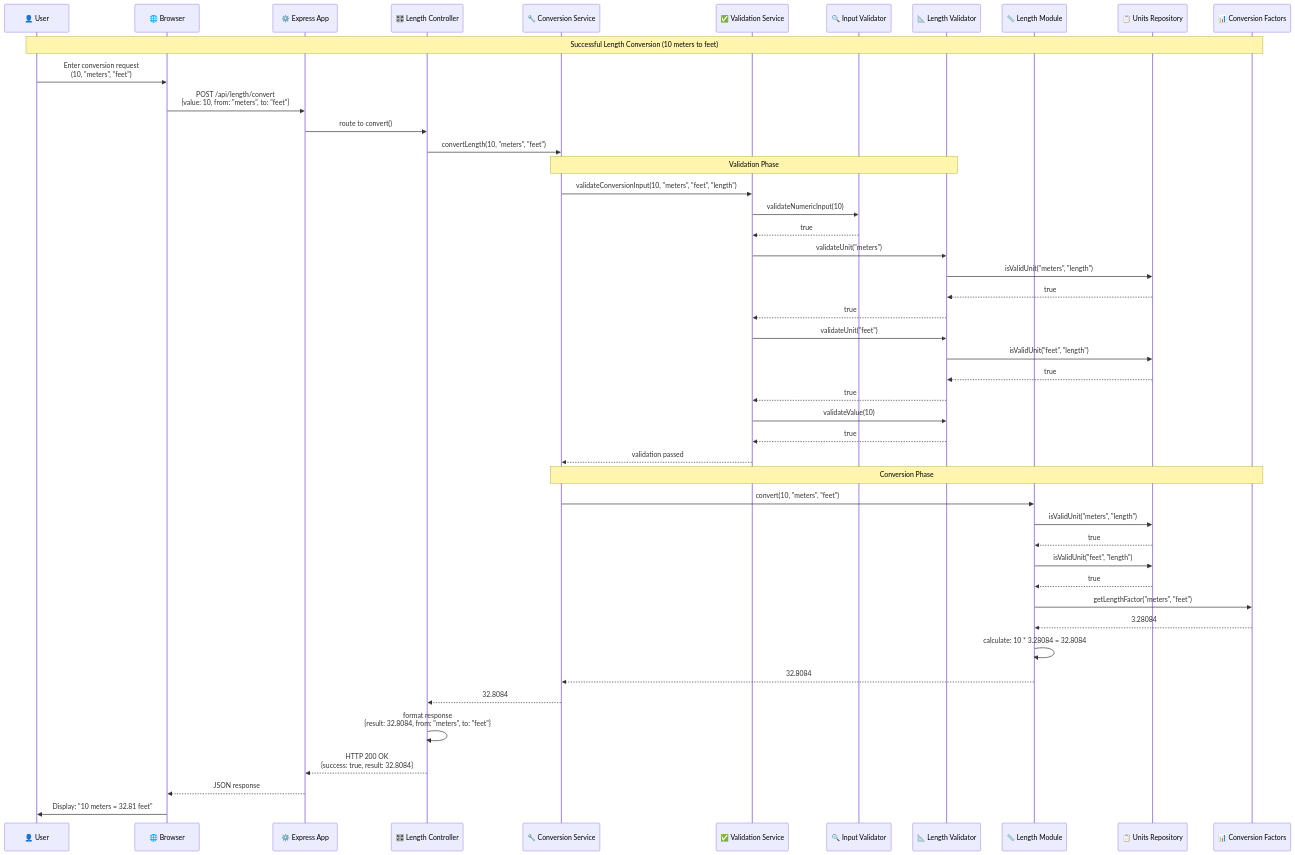
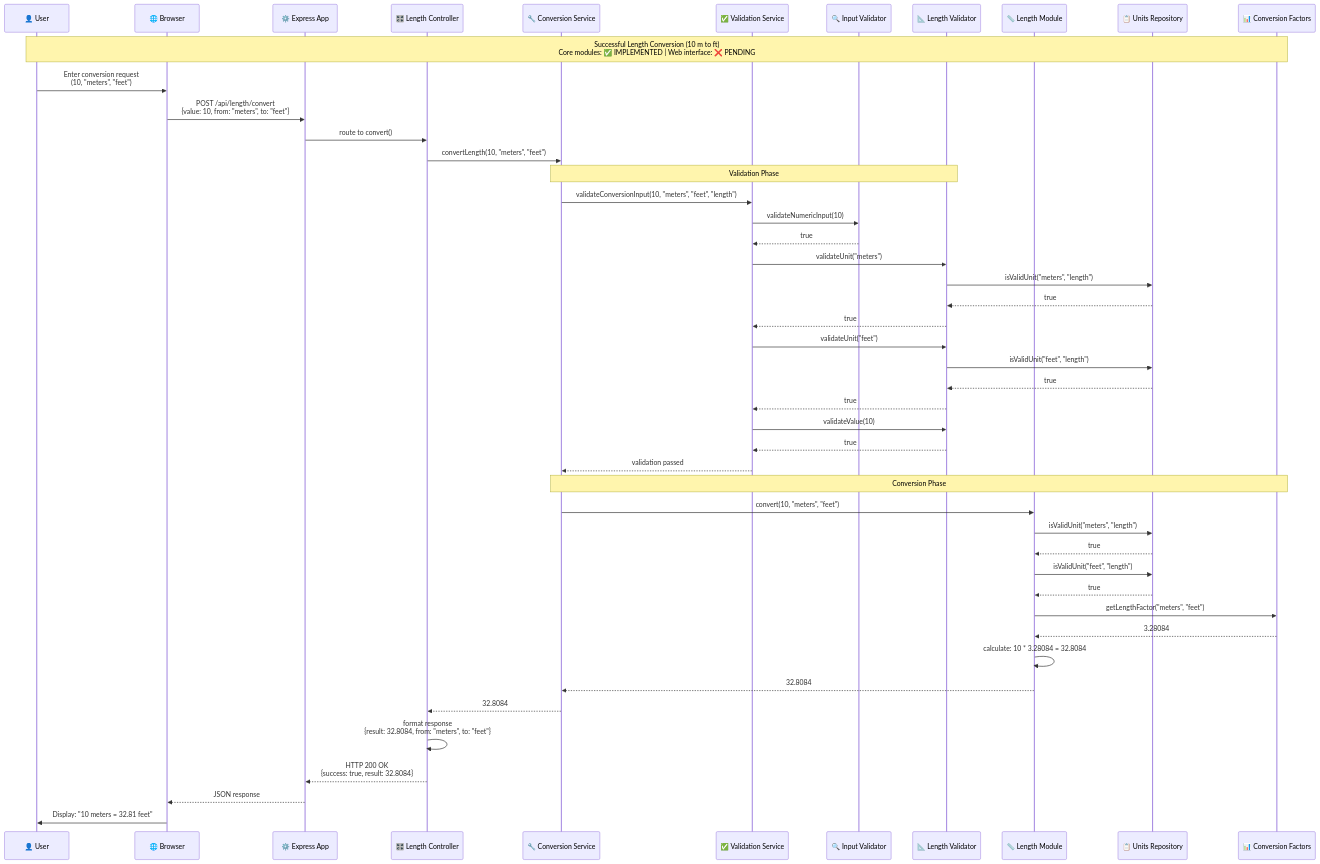
The first of 5 diagrams in unit-converter/uml-diagrams/SequenceDiagram.md (Shockp/Backend-Projects), drawn with Mermaid before and after one commit. The commit also changed other lines of this file and 4 other files, not shown here.

Commit message:
UML updated

````diff
--- a/unit-converter/uml-diagrams/SequenceDiagram.md
+++ b/unit-converter/uml-diagrams/SequenceDiagram.md
@@ -5,55 +7,55 @@
 ```mermaid
 sequenceDiagram
     participant User as 👤 User
     participant Browser as 🌐 Browser
     participant App as ⚙️ Express App
     participant LC as 🎛️ Length Controller
     participant CS as 🔧 Conversion Service
     participant VS as ✅ Validation Service
     participant IV as 🔍 Input Validator
     participant LV as 📐 Length Validator
     participant LM as 📏 Length Module
     participant UR as 📋 Units Repository
     participant CF as 📊 Conversion Factors
 
-    Note over User, CF: Successful Length Conversion (10 meters to feet)
+    Note over User, CF: Successful Length Conversion (10 m to ft)<br/>Core modules: ✅ IMPLEMENTED | Web interface: ❌ PENDING
 
     User->>Browser: Enter conversion request<br/>(10, "meters", "feet")
     Browser->>App: POST /api/length/convert<br/>{value: 10, from: "meters", to: "feet"}
     App->>LC: route to convert()
     
     LC->>CS: convertLength(10, "meters", "feet")
     
     Note over CS, LV: Validation Phase
     CS->>VS: validateConversionInput(10, "meters", "feet", "length")
     VS->>IV: validateNumericInput(10)
     IV-->>VS: true
     VS->>LV: validateUnit("meters")
     LV->>UR: isValidUnit("meters", "length")
     UR-->>LV: true
     LV-->>VS: true
     VS->>LV: validateUnit("feet")
     LV->>UR: isValidUnit("feet", "length")
     UR-->>LV: true
     LV-->>VS: true
     VS->>LV: validateValue(10)
     LV-->>VS: true
     VS-->>CS: validation passed
     
     Note over CS, CF: Conversion Phase
     CS->>LM: convert(10, "meters", "feet")
     LM->>UR: isValidUnit("meters", "length")
     UR-->>LM: true
     LM->>UR: isValidUnit("feet", "length")
     UR-->>LM: true
     LM->>CF: getLengthFactor("meters", "feet")
     CF-->>LM: 3.28084
     LM->>LM: calculate: 10 * 3.28084 = 32.8084
     LM-->>CS: 32.8084
     
     CS-->>LC: 32.8084
     LC->>LC: format response<br/>{result: 32.8084, from: "meters", to: "feet"}
     LC-->>App: HTTP 200 OK<br/>{success: true, result: 32.8084}
     App-->>Browser: JSON response
     Browser->>User: Display: "10 meters = 32.81 feet"
 ```
````
